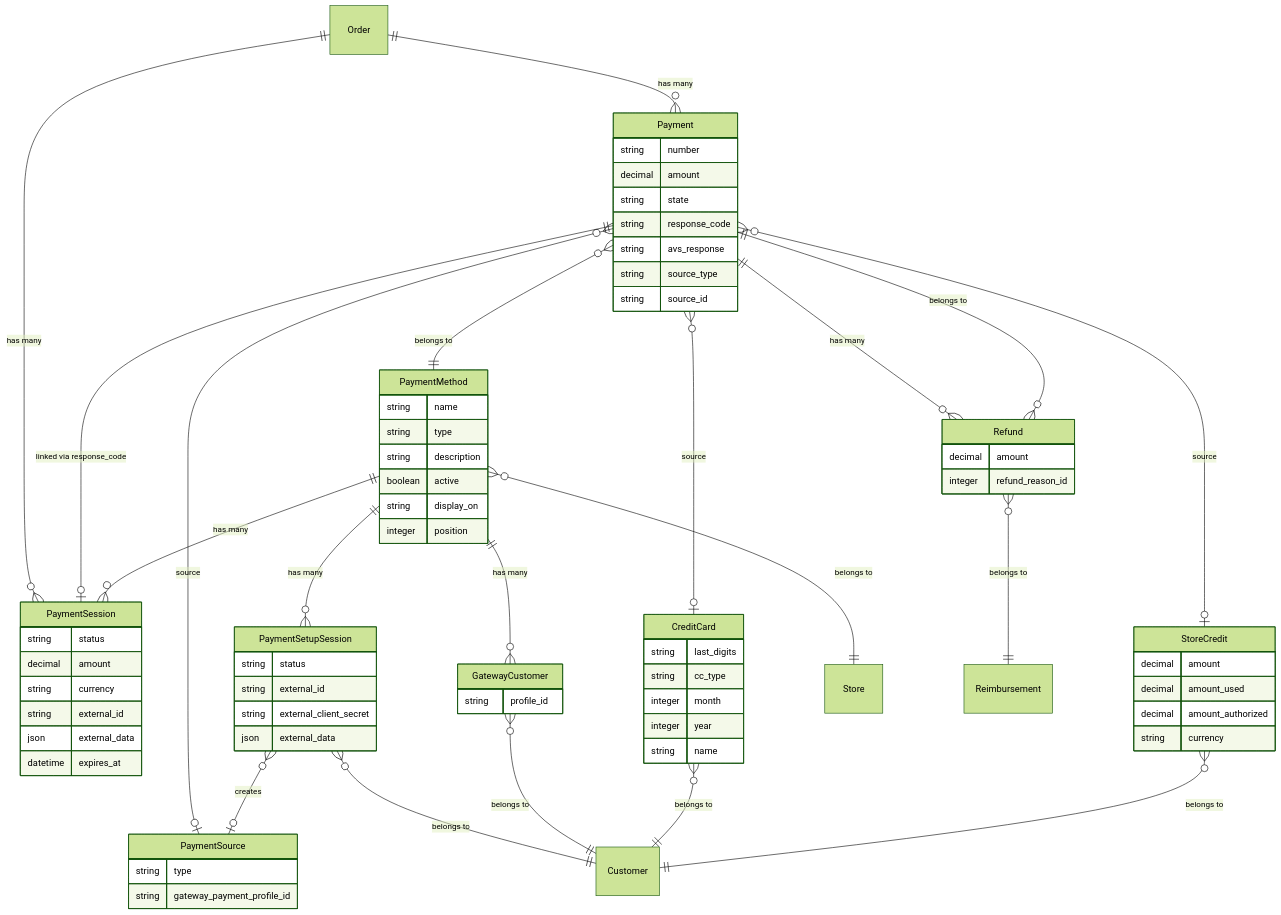
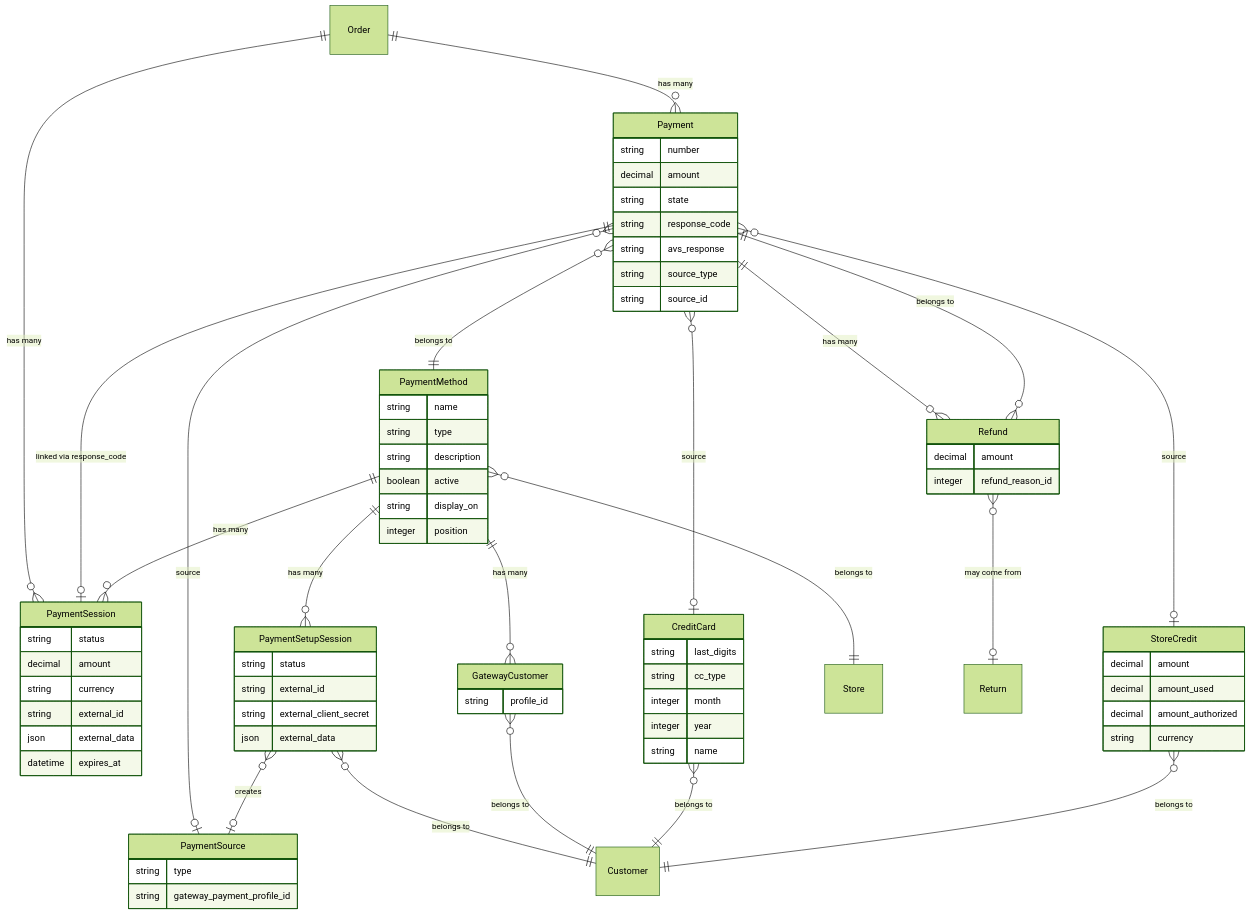
The first of 8 diagrams in docs/developer/core-concepts/payments.mdx (spree/spree), drawn with Mermaid (forest theme) before and after one commit. The commit also changed other lines of this file and 28 other files, not shown here.

````diff
--- a/docs/developer/core-concepts/payments.mdx
+++ b/docs/developer/core-concepts/payments.mdx
@@ -98,5 +99,5 @@
     CreditCard }o--|| Customer : "belongs to"
     StoreCredit }o--|| Customer : "belongs to"
     Refund }o--|| Payment : "belongs to"
-    Refund }o--|| Reimbursement : "belongs to"
+    Refund }o--o| Return : "may come from"
 ```
````
